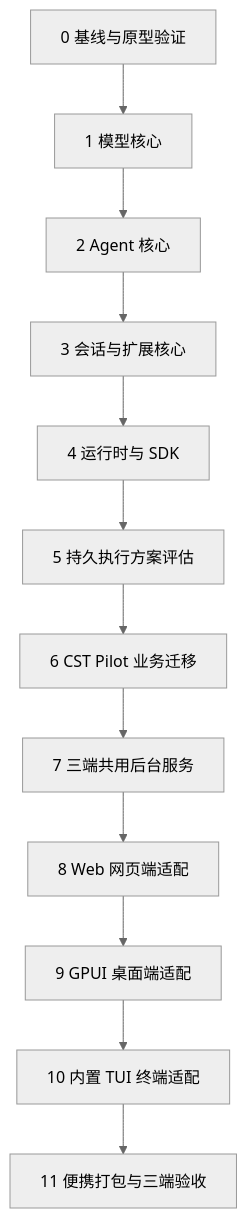
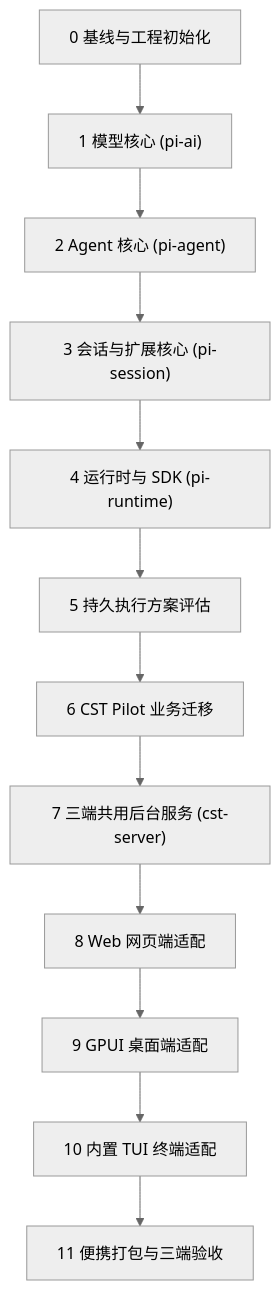
Before and after one commit to SCAU-Computer-Serving-Team/cst-pilot: the diagram in doc/rust/plan/0.PLAN.md, drawn with Mermaid (neutral theme). The commit also changed other lines of this file and 46 other files, not shown here.

````diff
--- a/doc/rust/plan/0.PLAN.md
+++ b/doc/rust/plan/0.PLAN.md
@@ -28,14 +26,14 @@
 ```mermaid
 flowchart TD
-    P0["0 基线与原型验证"] --> P1["1 模型核心"]
-    P1 --> P2["2 Agent 核心"]
-    P2 --> P3["3 会话与扩展核心"]
-    P3 --> P4["4 运行时与 SDK"]
+    P0["0 基线与工程初始化"] --> P1["1 模型核心 (pi-ai)"]
+    P1 --> P2["2 Agent 核心 (pi-agent)"]
+    P2 --> P3["3 会话与扩展核心 (pi-session)"]
+    P3 --> P4["4 运行时与 SDK (pi-runtime)"]
     P4 --> P5["5 持久执行方案评估"]
     P5 --> P6["6 CST Pilot 业务迁移"]
-    P6 --> P7["7 三端共用后台服务"]
+    P6 --> P7["7 三端共用后台服务 (cst-server)"]
     P7 --> P8["8 Web 网页端适配"]
     P8 --> P9["9 GPUI 桌面端适配"]
     P9 --> P10["10 内置 TUI 终端适配"]
     P10 --> P11["11 便携打包与三端验收"]
 ```
````
